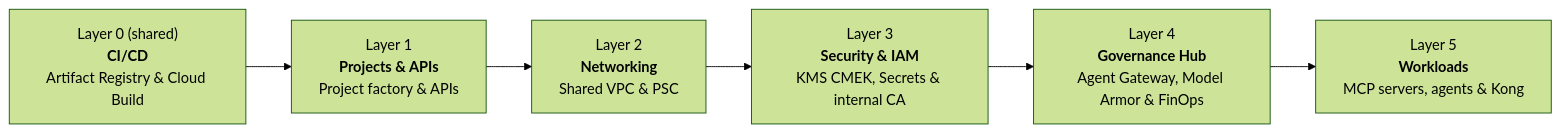
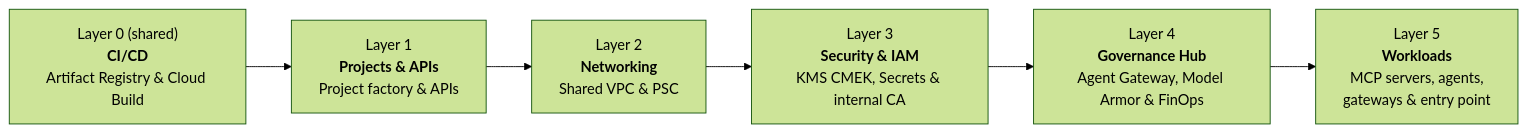
Before and after one commit to google/esmeralda: the second of 2 diagrams in docs/src/index.md, drawn with Mermaid (forest theme). The commit also changed other lines of this file and 10 other files, not shown here.

First line of the commit message:
docs: describe the entry point, the gateway contract and host-by-host migration

````diff
--- a/docs/src/index.md
+++ b/docs/src/index.md
@@ -104,8 +104,8 @@
 ```mermaid
 flowchart LR
     L0["Layer 0 (shared)<br/><b>CI/CD</b><br/>Artifact Registry & Cloud Build"] --> L1["Layer 1<br/><b>Projects & APIs</b><br/>Project factory & APIs"]
     L1 --> L2["Layer 2<br/><b>Networking</b><br/>Shared VPC & PSC"]
     L2 --> L3["Layer 3<br/><b>Security & IAM</b><br/>KMS CMEK, Secrets & internal CA"]
     L3 --> L4["Layer 4<br/><b>Governance Hub</b><br/>Agent Gateway, Model Armor & FinOps"]
-    L4 --> L5["Layer 5<br/><b>Workloads</b><br/>MCP servers, agents & Kong"]
+    L4 --> L5["Layer 5<br/><b>Workloads</b><br/>MCP servers, agents,<br/>gateways & entry point"]
 ```
````
